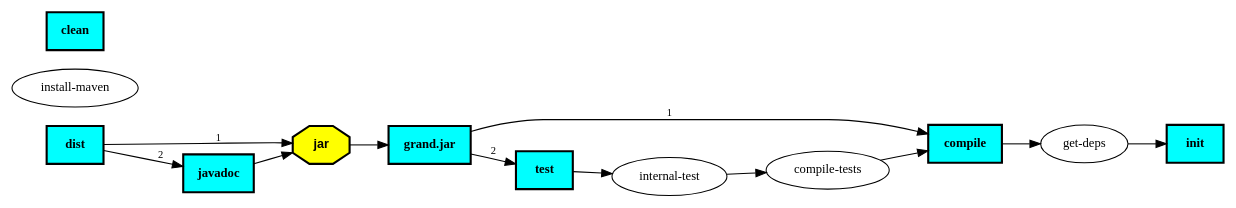
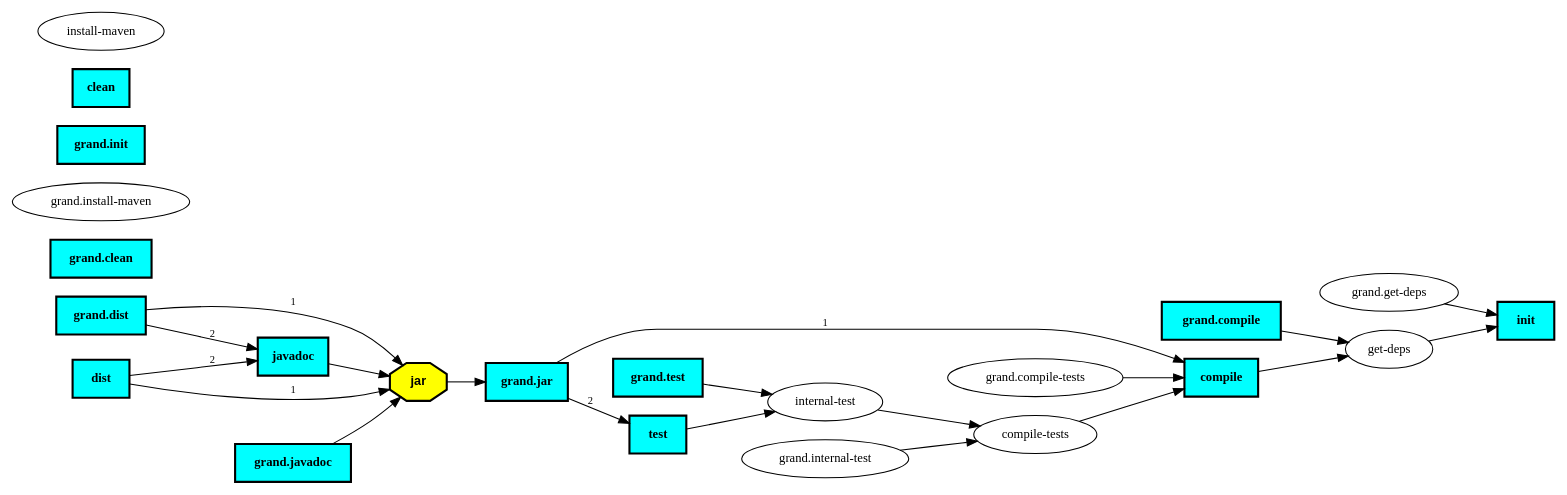
Before and after one commit to Ant-Grand/Grand: the diagram in src/etc/testcases/build-import.dot, drawn with Graphviz. The commit also changed 49 other files, not shown here.

```diff
--- a/src/etc/testcases/build-import.dot
+++ b/src/etc/testcases/build-import.dot
@@ -1,40 +1,68 @@
 digraph "Importer" {
 graph [rankdir="LR"];
 node [fontsize="12"];
 edge [fontsize="10"];
 "jar" [shape=octagon,fillcolor="yellow",style="filled,bold",fontname="Helvetica-Bold"];
 "jar" -> "grand.jar";
 
-"grand.jar" [shape=box,fillcolor="cyan",style="filled,bold",fontname="Times-Bold",comment="o Create the jar"];
-"grand.jar" -> "compile" [label="1"];
-"grand.jar" -> "test" [label="2"];
+"grand.clean" [shape=box,fillcolor="cyan",style="filled,bold",fontname="Times-Bold",comment="o Clean up the generated directories"];
 
-"install-maven"
+"javadoc" [shape=box,fillcolor="cyan",style="filled,bold",fontname="Times-Bold",comment="o Generate javadoc"];
+"javadoc" -> "jar";
 
 "compile-tests"
 "compile-tests" -> "compile";
 
-"javadoc" [shape=box,fillcolor="cyan",style="filled,bold",fontname="Times-Bold",comment="o Generate javadoc"];
-"javadoc" -> "jar";
+"grand.install-maven"
 
-"test" [shape=box,fillcolor="cyan",style="filled,bold",fontname="Times-Bold",comment="o Run the test cases"];
-"test" -> "internal-test";
+"compile" [shape=box,fillcolor="cyan",style="filled,bold",fontname="Times-Bold",comment="o Compile the code"];
+"compile" -> "get-deps";
 
-"clean" [shape=box,fillcolor="cyan",style="filled,bold",fontname="Times-Bold",comment="o Clean up the generated directories"];
+"internal-test"
+"internal-test" -> "compile-tests";
+
+"get-deps"
+"get-deps" -> "init";
+
+"grand.compile" [shape=box,fillcolor="cyan",style="filled,bold",fontname="Times-Bold",comment="o Compile the code"];
+"grand.compile" -> "get-deps";
+
+"grand.dist" [shape=box,fillcolor="cyan",style="filled,bold",fontname="Times-Bold",comment="o Create a distribution"];
+"grand.dist" -> "jar" [label="1"];
+"grand.dist" -> "javadoc" [label="2"];
 
 "dist" [shape=box,fillcolor="cyan",style="filled,bold",fontname="Times-Bold",comment="o Create a distribution"];
 "dist" -> "jar" [label="1"];
 "dist" -> "javadoc" [label="2"];
 
-"get-deps"
-"get-deps" -> "init";
+"grand.init" [shape=box,fillcolor="cyan",style="filled,bold",fontname="Times-Bold",comment="o Initializes some properties"];
 
-"internal-test"
-"internal-test" -> "compile-tests";
+"grand.get-deps"
+"grand.get-deps" -> "init";
+
+"clean" [shape=box,fillcolor="cyan",style="filled,bold",fontname="Times-Bold",comment="o Clean up the generated directories"];
+
+"grand.test" [shape=box,fillcolor="cyan",style="filled,bold",fontname="Times-Bold",comment="o Run the test cases"];
+"grand.test" -> "internal-test";
 
 "init" [shape=box,fillcolor="cyan",style="filled,bold",fontname="Times-Bold",comment="o Initializes some properties"];
 
-"compile" [shape=box,fillcolor="cyan",style="filled,bold",fontname="Times-Bold",comment="o Compile the code"];
-"compile" -> "get-deps";
+"grand.compile-tests"
+"grand.compile-tests" -> "compile";
+
+"test" [shape=box,fillcolor="cyan",style="filled,bold",fontname="Times-Bold",comment="o Run the test cases"];
+"test" -> "internal-test";
+
+"install-maven"
+
+"grand.internal-test"
+"grand.internal-test" -> "compile-tests";
+
+"grand.javadoc" [shape=box,fillcolor="cyan",style="filled,bold",fontname="Times-Bold",comment="o Generate javadoc"];
+"grand.javadoc" -> "jar";
+
+"grand.jar" [shape=box,fillcolor="cyan",style="filled,bold",fontname="Times-Bold",comment="o Create the jar"];
+"grand.jar" -> "compile" [label="1"];
+"grand.jar" -> "test" [label="2"];
 
 }
```
